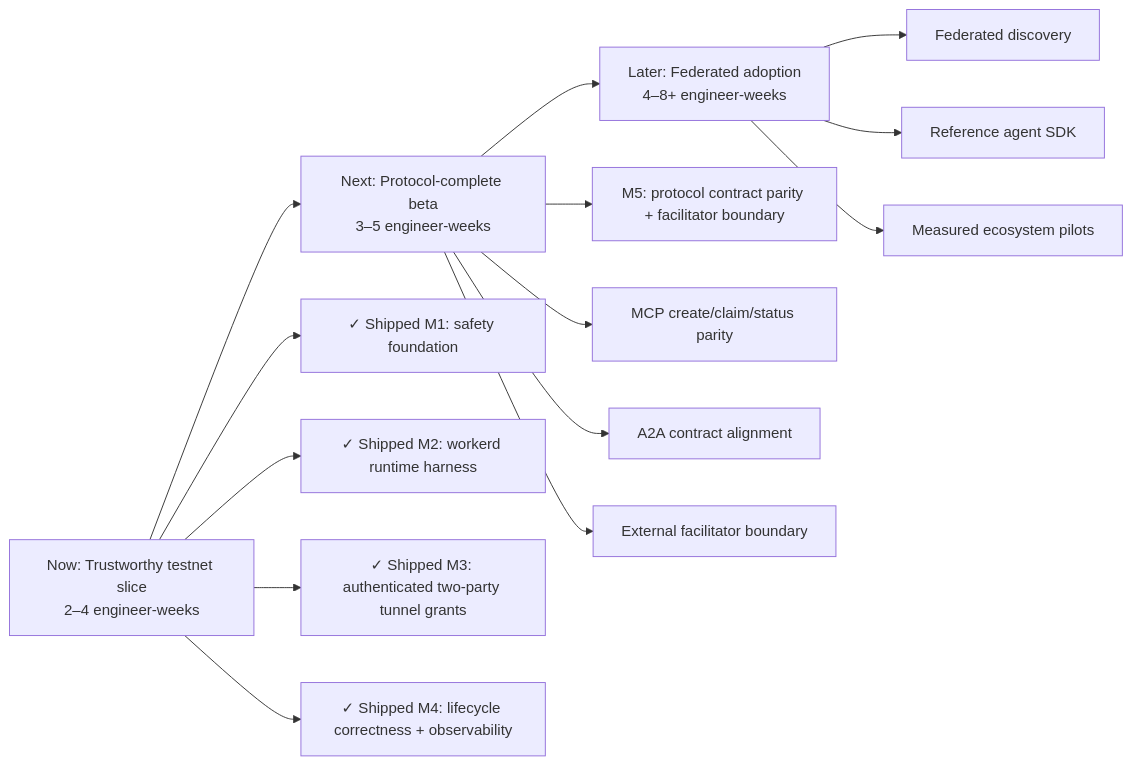
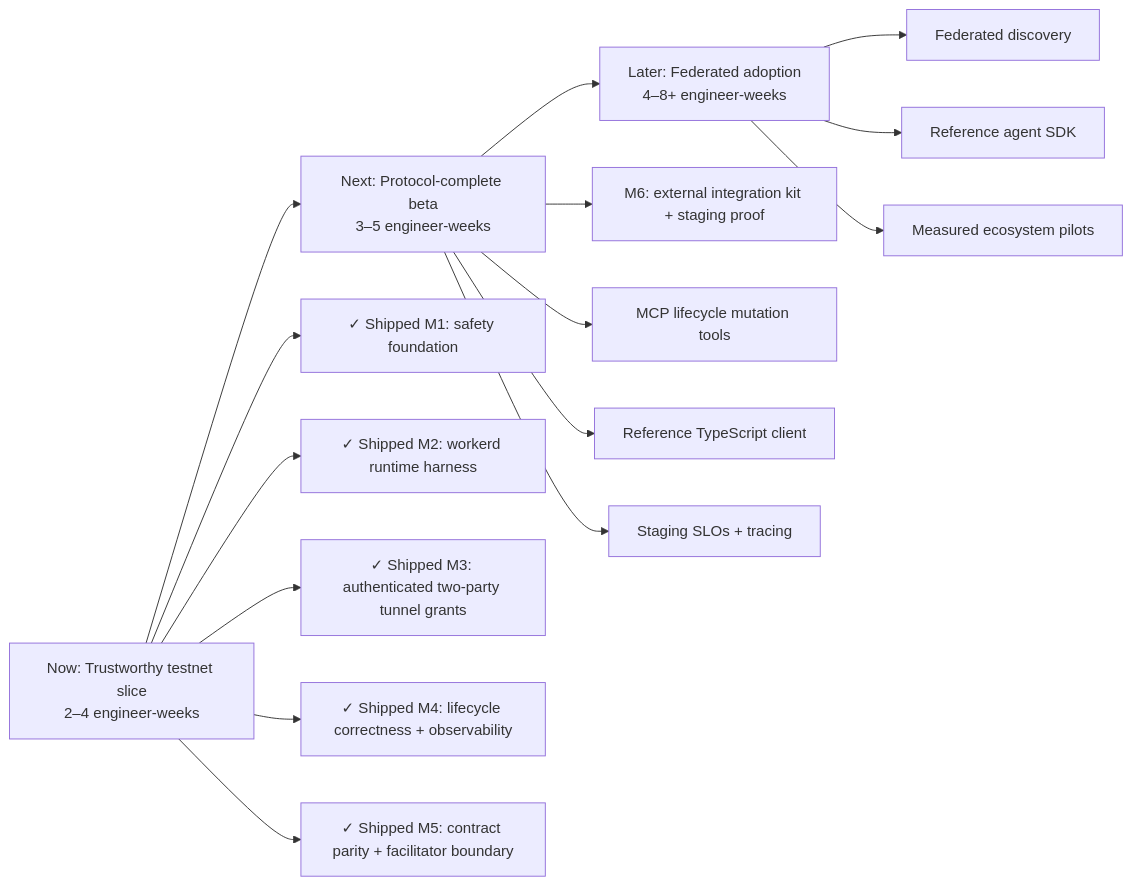
Before and after one commit to mystic-io/automata.board: the diagram in ROADMAP.md, drawn with Mermaid. The commit also changed other lines of this file and 5 other files, not shown here.

````diff
--- a/ROADMAP.md
+++ b/ROADMAP.md
@@ -14,19 +14,20 @@
 ```mermaid
 flowchart LR
   A["Now: Trustworthy testnet slice\n2–4 engineer-weeks"] --> B["Next: Protocol-complete beta\n3–5 engineer-weeks"]
   B --> C["Later: Federated adoption\n4–8+ engineer-weeks"]
 
   A --> A1["✓ Shipped M1: safety foundation"]
   A --> A2["✓ Shipped M2: workerd runtime harness"]
   A --> A3["✓ Shipped M3: authenticated two-party tunnel grants"]
   A --> A4["✓ Shipped M4: lifecycle correctness + observability"]
+  A --> A5["✓ Shipped M5: contract parity + facilitator boundary"]
 
-  B --> B0["M5: protocol contract parity + facilitator boundary"]
-  B --> B1["MCP create/claim/status parity"]
-  B --> B2["A2A contract alignment"]
-  B --> B3["External facilitator boundary"]
+  B --> B0["M6: external integration kit + staging proof"]
+  B --> B1["MCP lifecycle mutation tools"]
+  B --> B2["Reference TypeScript client"]
+  B --> B3["Staging SLOs + tracing"]
 
   C --> C1["Federated discovery"]
   C --> C2["Reference agent SDK"]
   C --> C3["Measured ecosystem pilots"]
 ```
````
